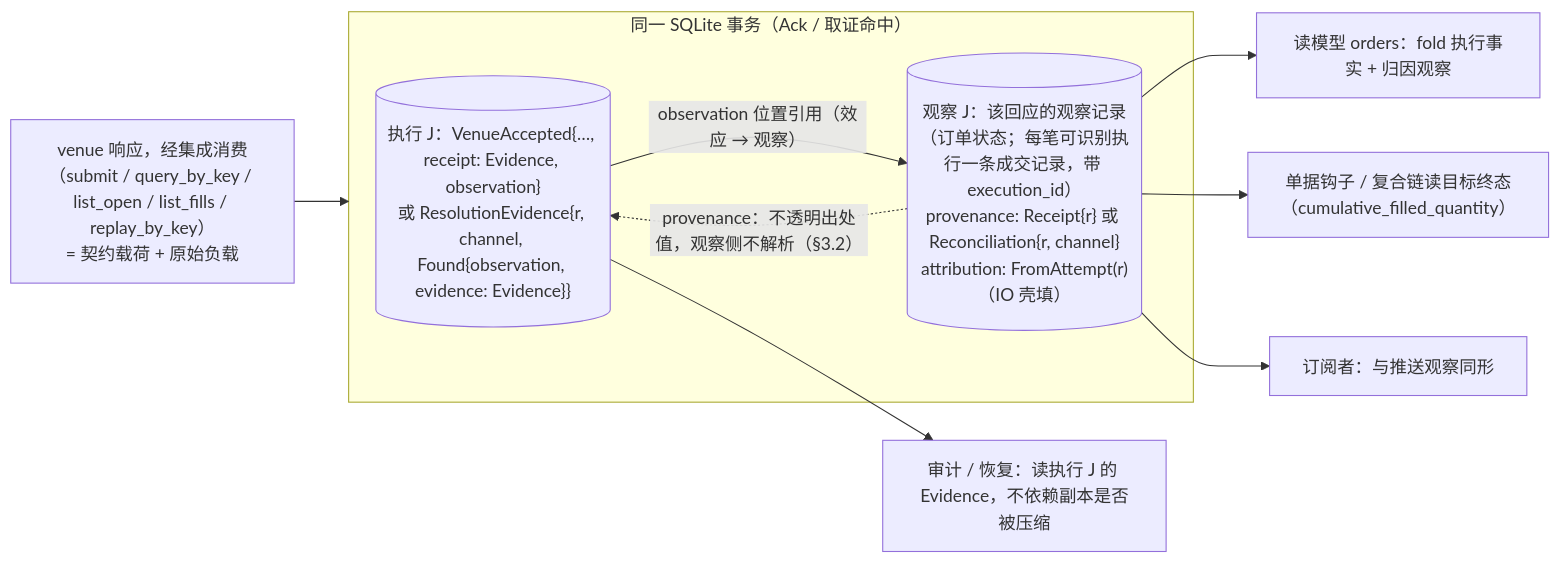
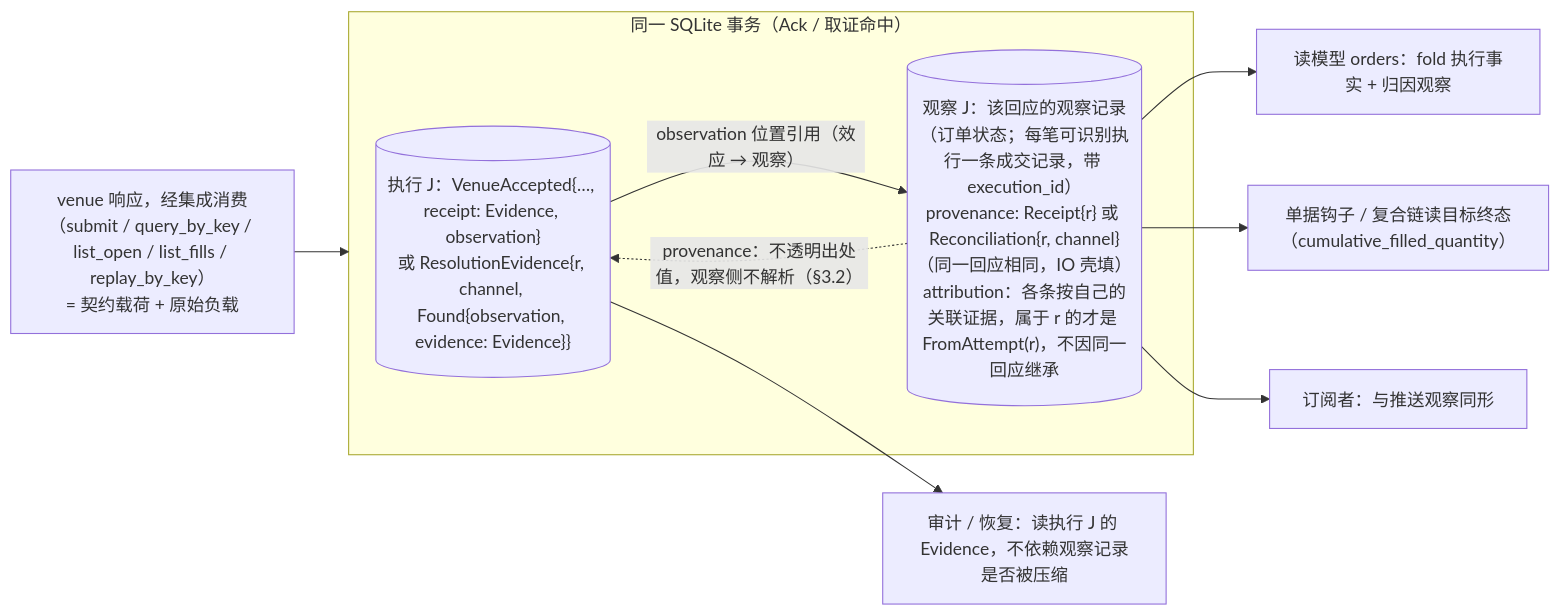
The third of 7 diagrams in design/diagrams/06-io-shell-attempt.md (mouriya-s-lab/uta), drawn with Mermaid before and after one commit. The commit also changed other lines of this file and 19 other files, not shown here.

Commit message:
design: integrate contract clusters — one-to-many receipt/reconciliation records with per-record attribution, read_model signatures per kind, unified not-called read outcomes, observation-record wording across diagrams, reference and glossary alignment

````diff
--- a/design/diagrams/06-io-shell-attempt.md
+++ b/design/diagrams/06-io-shell-attempt.md
@@ -102,14 +102,14 @@
 ```mermaid
 flowchart LR
   V["venue 响应，经集成消费（submit / query_by_key / list_open / list_fills / replay_by_key）<br/>= 契约载荷 + 原始负载"] --> TX
   subgraph TX["同一 SQLite 事务（Ack / 取证命中）"]
     E[("执行 J：VenueAccepted{…, receipt: Evidence, observation}<br/>或 ResolutionEvidence{r, channel, Found{observation, evidence: Evidence}}")]
-    O[("观察 J：该回应的观察记录（订单状态；每笔可识别执行一条成交记录，带 execution_id）<br/>provenance: Receipt{r} 或 Reconciliation{r, channel}<br/>attribution: FromAttempt(r)（IO 壳填）")]
+    O[("观察 J：该回应的观察记录（订单状态；每笔可识别执行一条成交记录，带 execution_id）<br/>provenance: Receipt{r} 或 Reconciliation{r, channel}（同一回应相同，IO 壳填）<br/>attribution：各条按自己的关联证据，属于 r 的才是 FromAttempt(r)，不因同一回应继承")]
     E -->|"observation 位置引用（效应 → 观察）"| O
     O -.->|"provenance：不透明出处值，观察侧不解析（§3.2）"| E
   end
-  E --> AUD["审计 / 恢复：读执行 J 的 Evidence，不依赖副本是否被压缩"]
+  E --> AUD["审计 / 恢复：读执行 J 的 Evidence，不依赖观察记录是否被压缩"]
   O --> RM["读模型 orders：fold 执行事实 + 归因观察"]
   O --> HOOK["单据钩子 / 复合链读目标终态（cumulative_filled_quantity）"]
   O --> SUBS["订阅者：与推送观察同形"]
 ```
````
